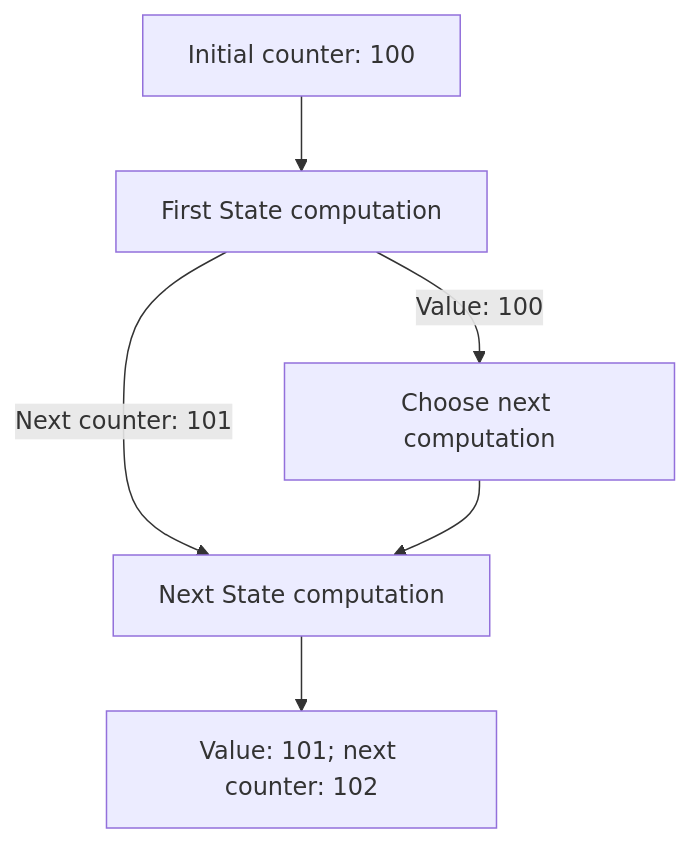
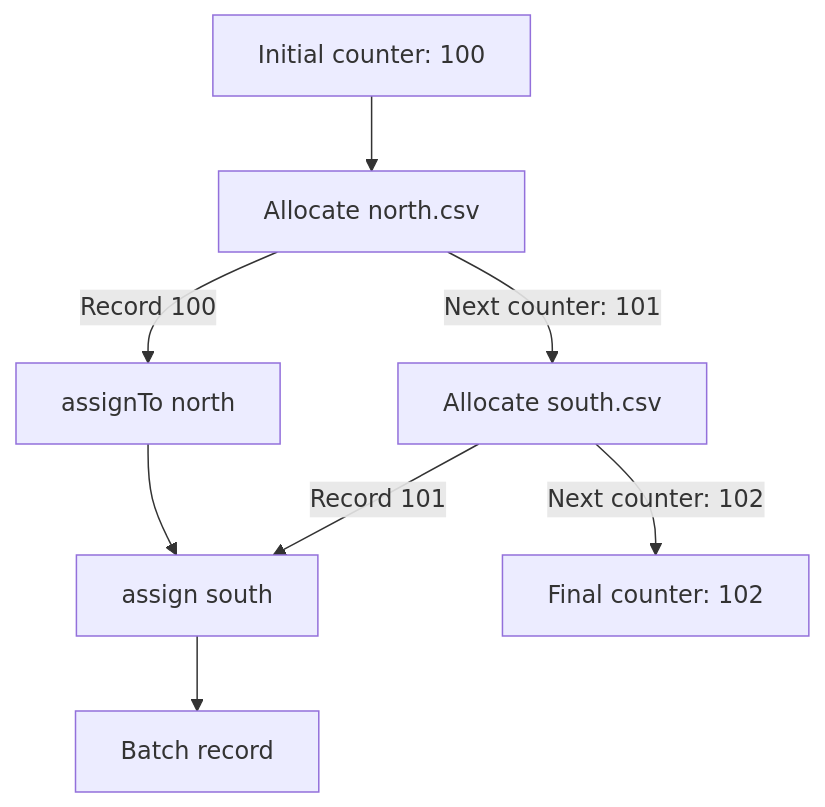
Before and after one commit to pplnd/core: the diagram in docs/src/content/docs/guides/state.md, drawn with Mermaid. The commit also changed other lines of this file and 63 other files, not shown here.

````diff
--- a/docs/src/content/docs/guides/state.md
+++ b/docs/src/content/docs/guides/state.md
@@ -31,8 +44,10 @@
 ```mermaid
 flowchart TD
-  Initial["Initial counter: 100"] --> First["First State computation"]
-  First -->|"Value: 100"| Select["Choose next computation"]
-  First -->|"Next counter: 101"| Second["Next State computation"]
-  Select --> Second
-  Second --> Final["Value: 101; next counter: 102"]
+  Initial["Initial counter: 100"] --> North["Allocate north.csv"]
+  North -->|"Record 100"| Accumulate["assignTo north"]
+  North -->|"Next counter: 101"| South["Allocate south.csv"]
+  South -->|"Record 101"| Attach["assign south"]
+  Accumulate --> Attach
+  Attach --> Batch["Batch record"]
+  South -->|"Next counter: 102"| Final["Final counter: 102"]
 ```
````
